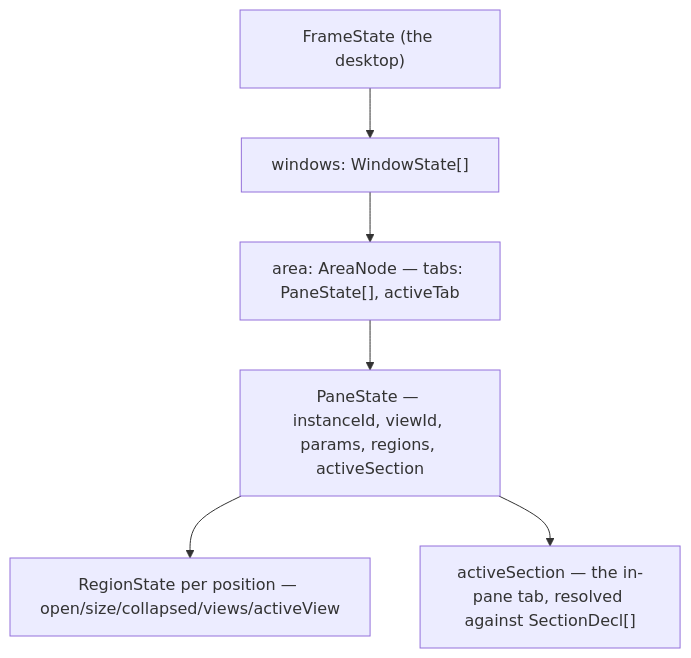
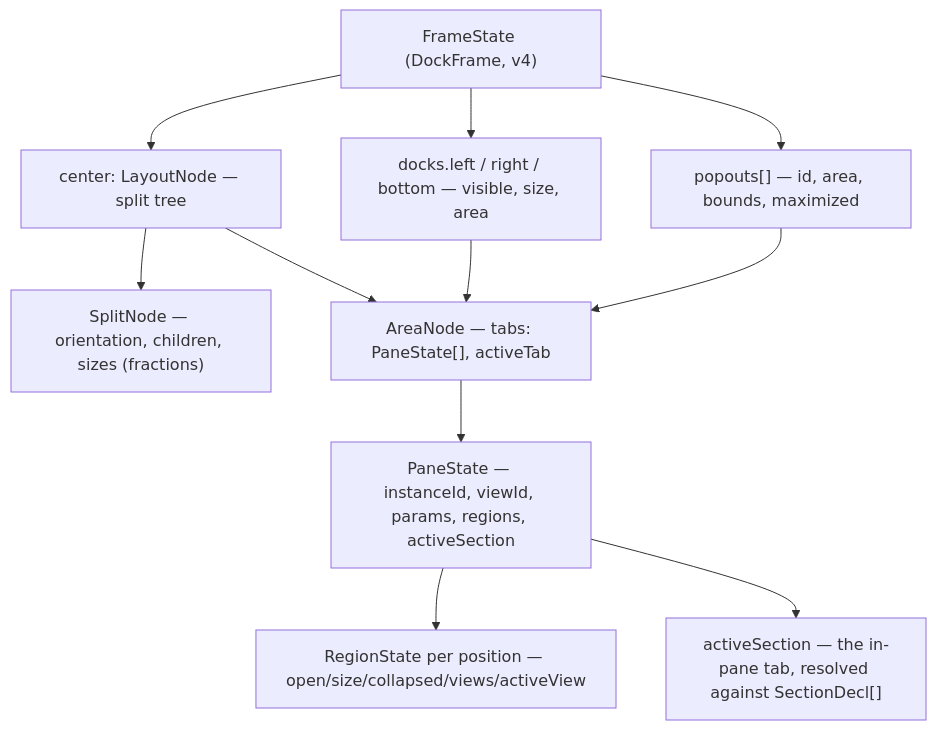
Before and after one commit to ConstCorrectness/horrible-dashboard: the diagram in docs/architecture/windowing.mdx, drawn with Mermaid. The commit also changed other lines of this file and 37 other files, not shown here.

````diff
--- a/docs/architecture/windowing.mdx
+++ b/docs/architecture/windowing.mdx
@@ -74,8 +87,13 @@
 ```mermaid
 flowchart TD
-    F["FrameState (the desktop)"] --> W["windows: WindowState[]"]
-    W --> A["area: AreaNode — tabs: PaneState[], activeTab"]
+    F["FrameState (DockFrame, v4)"] --> C["center: LayoutNode — split tree"]
+    F --> D["docks.left / right / bottom — visible, size, area"]
+    F --> PO["popouts[] — id, area, bounds, maximized"]
+    C --> S["SplitNode — orientation, children, sizes (fractions)"]
+    C --> A["AreaNode — tabs: PaneState[], activeTab"]
+    D --> A
+    PO --> A
     A --> P["PaneState — instanceId, viewId, params, regions, activeSection"]
     P --> R["RegionState per position — open/size/collapsed/views/activeView"]
     P --> SEC["activeSection — the in-pane tab, resolved against SectionDecl[]"]
 ```
````
